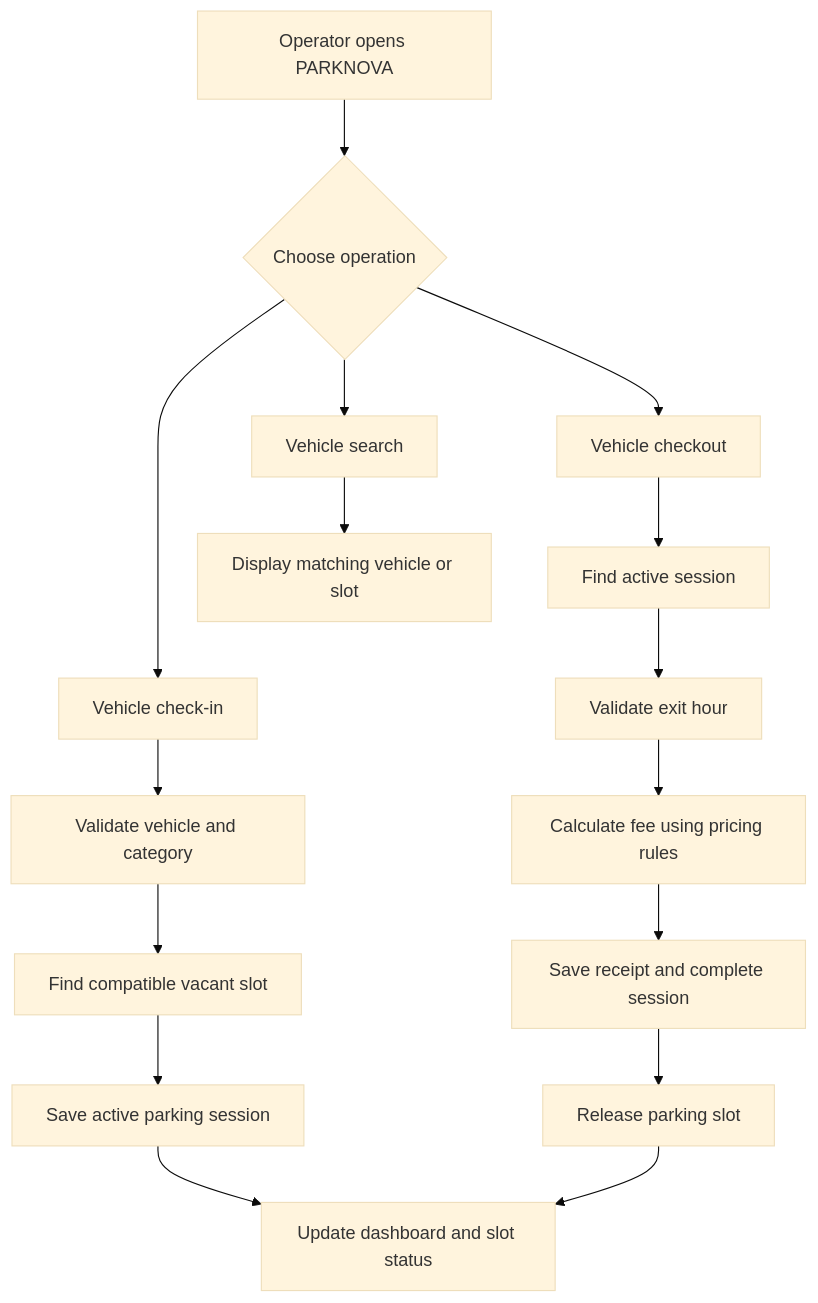
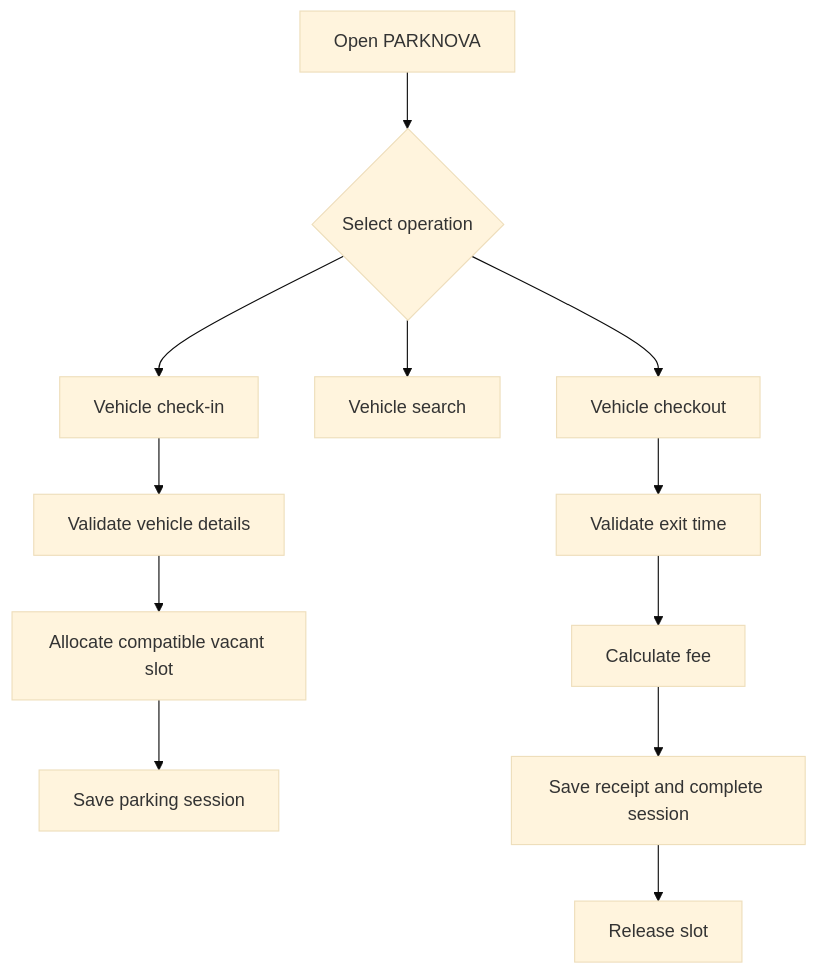
One commit to varsh1535/PARKNOVA changed the diagram in README.md. Above: the diagram before and after it, drawn with Mermaid (base theme). The commit also changed other lines of this file, not shown here.

````diff
--- a/README.md
+++ b/README.md
@@ -77,18 +76,14 @@
-``` mermaid
+```mermaid
 flowchart TD
-    A[Operator opens PARKNOVA] --> B{Choose operation}
+    A[Open PARKNOVA] --> B{Select operation}
     B --> C[Vehicle check-in]
     B --> D[Vehicle search]
     B --> E[Vehicle checkout]
-    C --> F[Validate vehicle and category]
-    F --> G[Find compatible vacant slot]
-    G --> H[Save active parking session]
-    H --> I[Update dashboard and slot status]
-    E --> J[Find active session]
-    J --> K[Validate exit hour]
-    K --> L[Calculate fee using pricing rules]
-    L --> M[Save receipt and complete session]
-    M --> N[Release parking slot]
-    N --> I
-    D --> O[Display matching vehicle or slot]
+    C --> F[Validate vehicle details]
+    F --> G[Allocate compatible vacant slot]
+    G --> H[Save parking session]
+    E --> I[Validate exit time]
+    I --> J[Calculate fee]
+    J --> K[Save receipt and complete session]
+    K --> L[Release slot]
 ```
````
